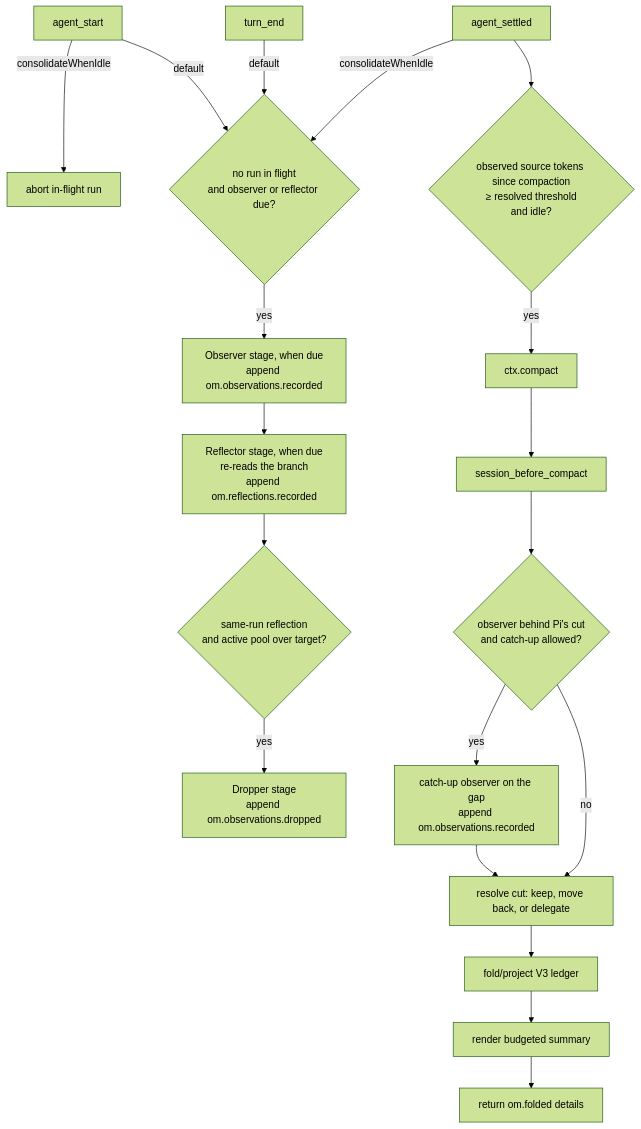
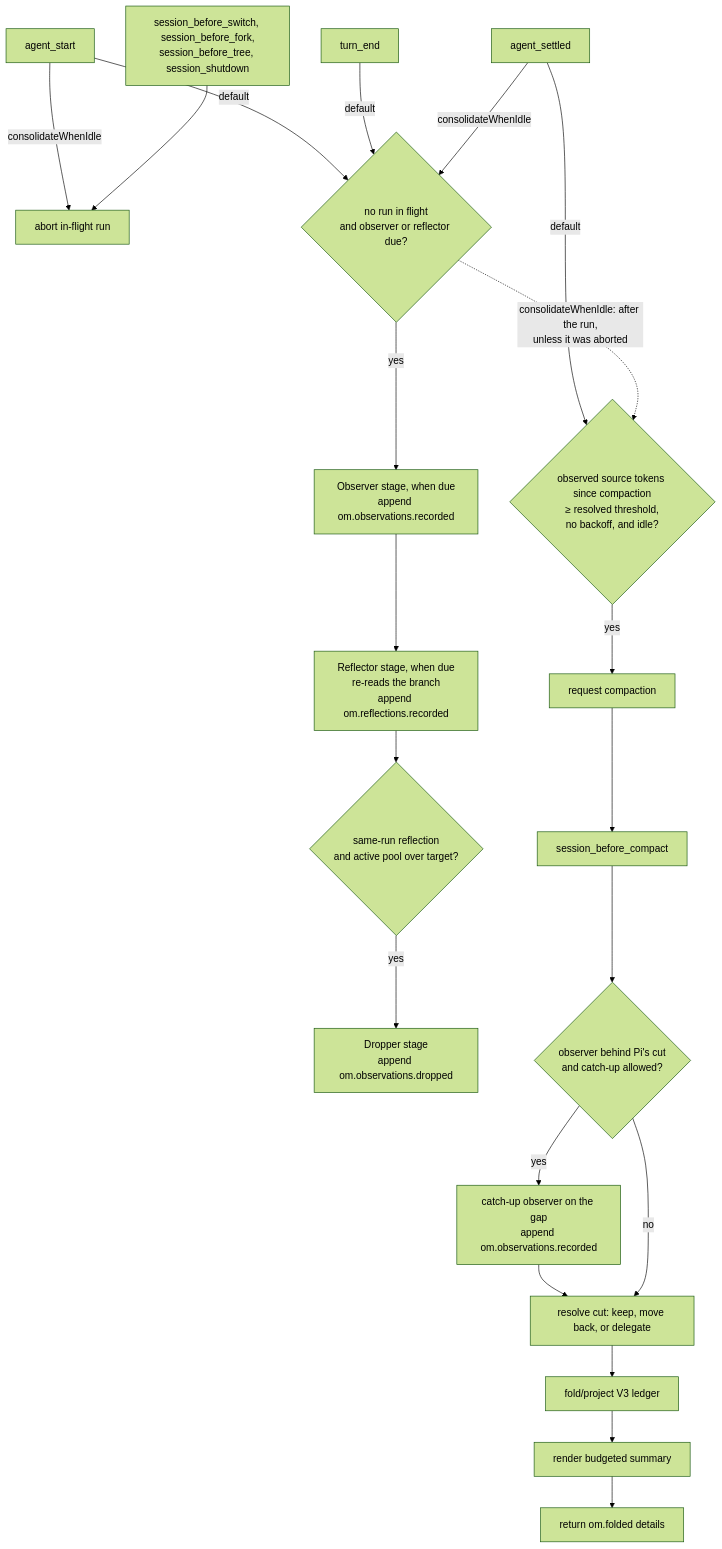
The diagram in docs/how-it-works.md (drvova/pig-observational-memory), drawn with Mermaid (forest theme) before and after one commit. The commit also changed other lines of this file and 3 other files, not shown here.

````diff
--- a/docs/how-it-works.md
+++ b/docs/how-it-works.md
@@ -23,39 +24,42 @@
 ```mermaid
 flowchart TD
     AS[agent_start]
     TE[turn_end]
     AE[agent_settled]
+    SE[session_before_switch, session_before_fork,<br/>session_before_tree, session_shutdown]
     SBC[session_before_compact]
 
     Abort[abort in-flight run]
     RunDue{no run in flight<br/>and observer or reflector due?}
     Observer[Observer stage, when due<br/>append om.observations.recorded]
     Reflector[Reflector stage, when due<br/>re-reads the branch<br/>append om.reflections.recorded]
     DropDue{same-run reflection<br/>and active pool over target?}
     Dropper[Dropper stage<br/>append om.observations.dropped]
 
-    CompactDue{observed source tokens since compaction<br/>≥ resolved threshold<br/>and idle?}
-    CompactCall[ctx.compact]
+    CompactDue{observed source tokens since compaction<br/>≥ resolved threshold,<br/>no backoff, and idle?}
+    CompactCall[request compaction]
 
     Behind{observer behind Pi's cut<br/>and catch-up allowed?}
     CatchUp[catch-up observer on the gap<br/>append om.observations.recorded]
     Cut[resolve cut: keep, move back, or delegate]
     Fold[fold/project V3 ledger]
     Render[render budgeted summary]
     Details[return om.folded details]
 
     AS -->|default| RunDue
     AS -->|consolidateWhenIdle| Abort
+    SE --> Abort
     TE -->|default| RunDue
     AE -->|consolidateWhenIdle| RunDue
     RunDue -- yes --> Observer --> Reflector --> DropDue
     DropDue -- yes --> Dropper
 
-    AE --> CompactDue
+    AE -->|default| CompactDue
+    RunDue -.->|consolidateWhenIdle: after the run,<br/>unless it was aborted| CompactDue
     CompactDue -- yes --> CompactCall
     CompactCall --> SBC
     SBC --> Behind
     Behind -- yes --> CatchUp --> Cut
     Behind -- no --> Cut
     Cut --> Fold --> Render --> Details
 ```
````
